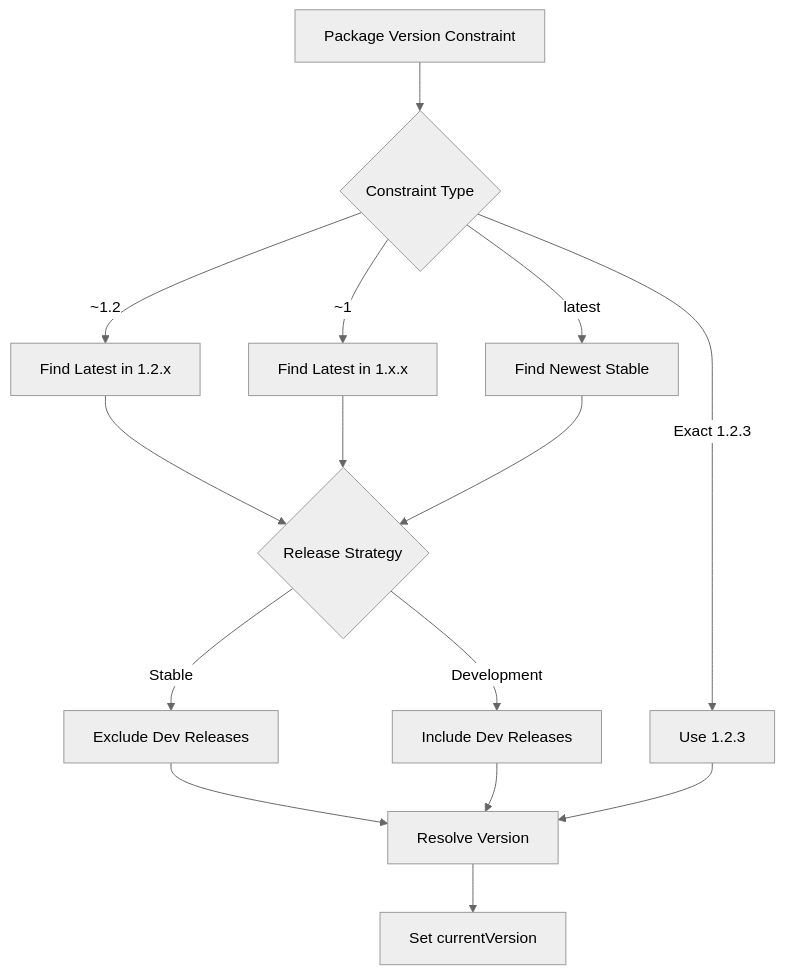
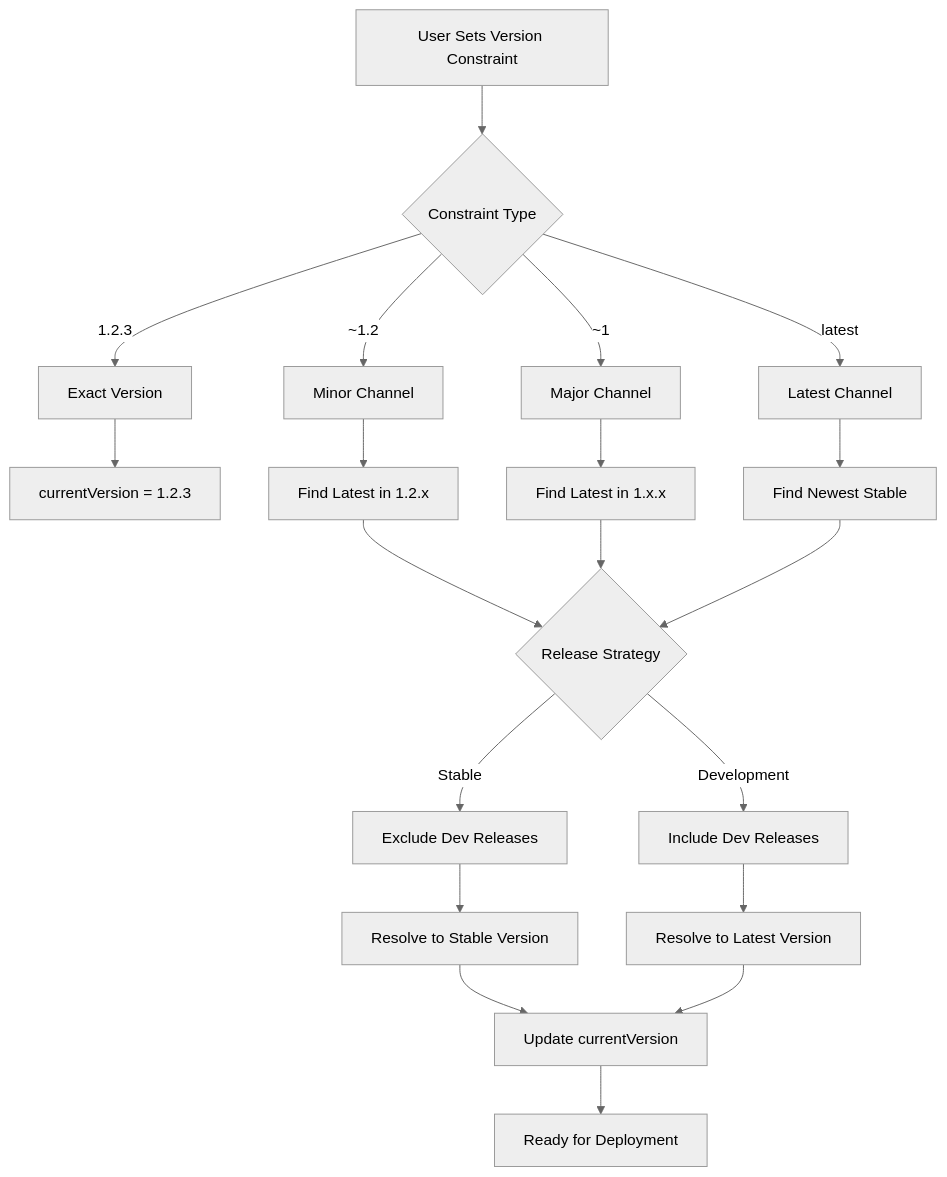
The third of 4 diagrams in docs/concepts/11-versions.md (massdriver-cloud/docs), drawn with Mermaid (neutral theme) before and after one commit. The commit also changed other lines of this file, not shown here.

Commit message:
updated flow section

````diff
--- a/docs/concepts/11-versions.md
+++ b/docs/concepts/11-versions.md
@@ -461,21 +493,30 @@
 ```mermaid
 graph TD
-    A[Package Version Constraint] --> B{Constraint Type}
-    B -->|Exact 1.2.3| C[Use 1.2.3]
-    B -->|~1.2| D[Find Latest in 1.2.x]
-    B -->|~1| E[Find Latest in 1.x.x]
-    B -->|latest| F[Find Newest Stable]
+    A[User Sets Version Constraint] --> B{Constraint Type}
     
-    D --> G{Release Strategy}
-    E --> G
-    F --> G
+    B -->|1.2.3| C[Exact Version]
+    B -->|~1.2| D[Minor Channel]
+    B -->|~1| E[Major Channel]
+    B -->|latest| F[Latest Channel]
     
-    G -->|Stable| H[Exclude Dev Releases]
-    G -->|Development| I[Include Dev Releases]
+    C --> G[currentVersion = 1.2.3]
     
-    H --> J[Resolve Version]
-    I --> J
-    C --> J
+    D --> H[Find Latest in 1.2.x]
+    E --> I[Find Latest in 1.x.x]
+    F --> J[Find Newest Stable]
     
-    J --> K[Set currentVersion]
+    H --> K{Release Strategy}
+    I --> K
+    J --> K
+    
+    K -->|Stable| L[Exclude Dev Releases]
+    K -->|Development| M[Include Dev Releases]
+    
+    L --> N[Resolve to Stable Version]
+    M --> O[Resolve to Latest Version]
+    
+    N --> P[Update currentVersion]
+    O --> P
+    
+    P --> Q[Ready for Deployment]
 ```
````
